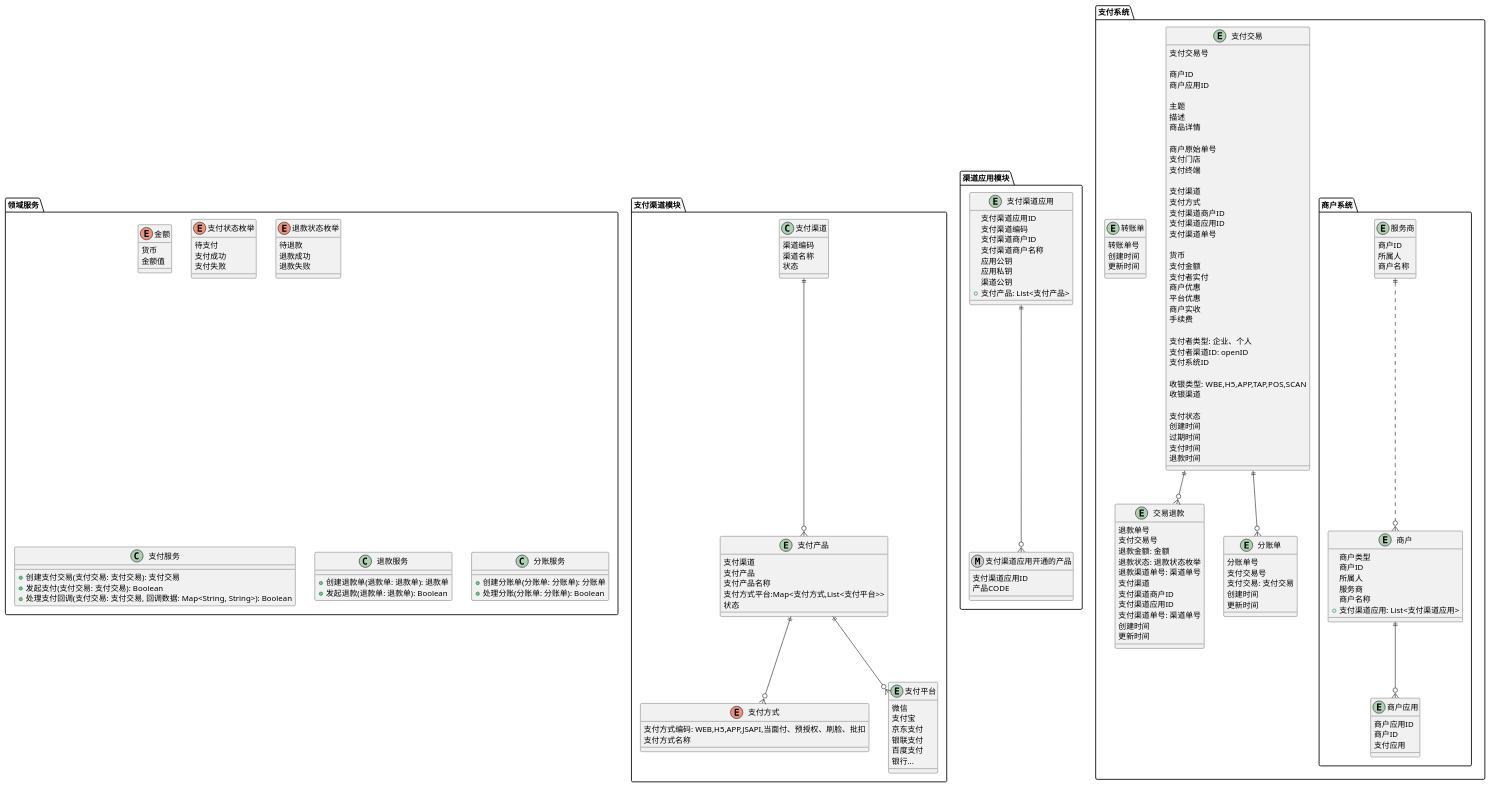
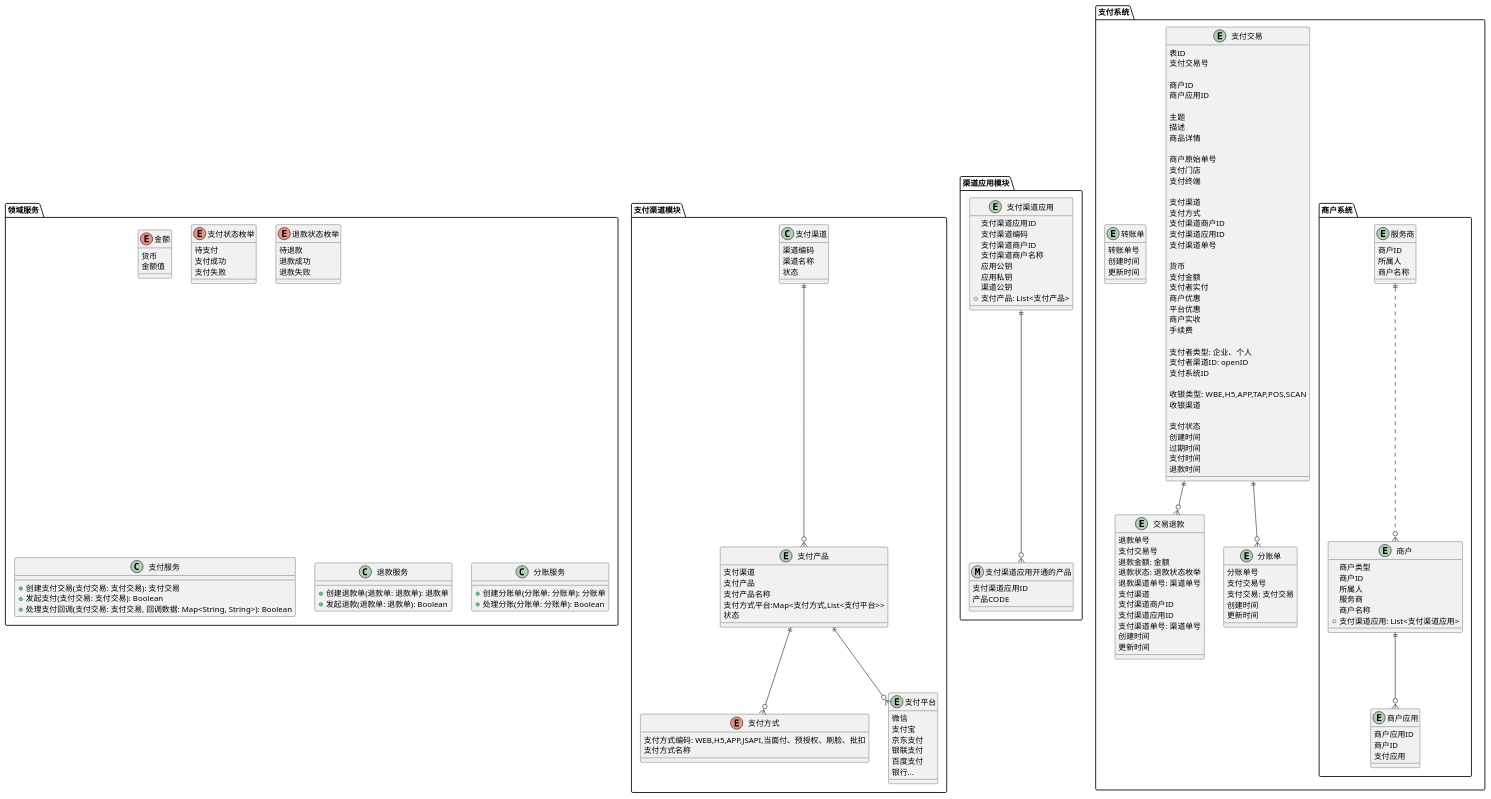
The diagram in docs/领域模型.puml (red-jasmine/payment), drawn with PlantUML before and after one commit.

Commit message:
docs(payment): 更新支付交易实体模型
- 在支付交易实体中添加表 ID 字段

```diff
--- a/docs/领域模型.puml
+++ b/docs/领域模型.puml
@@ -87,6 +87,7 @@
 
 
     entity 支付交易{
+        表ID
         支付交易号
 
         '商户
```
